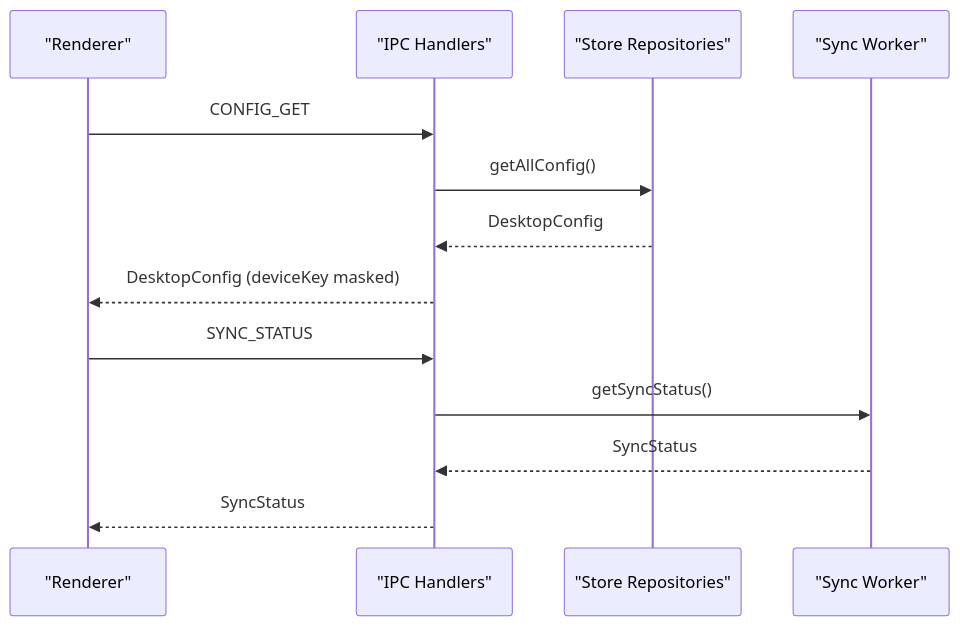
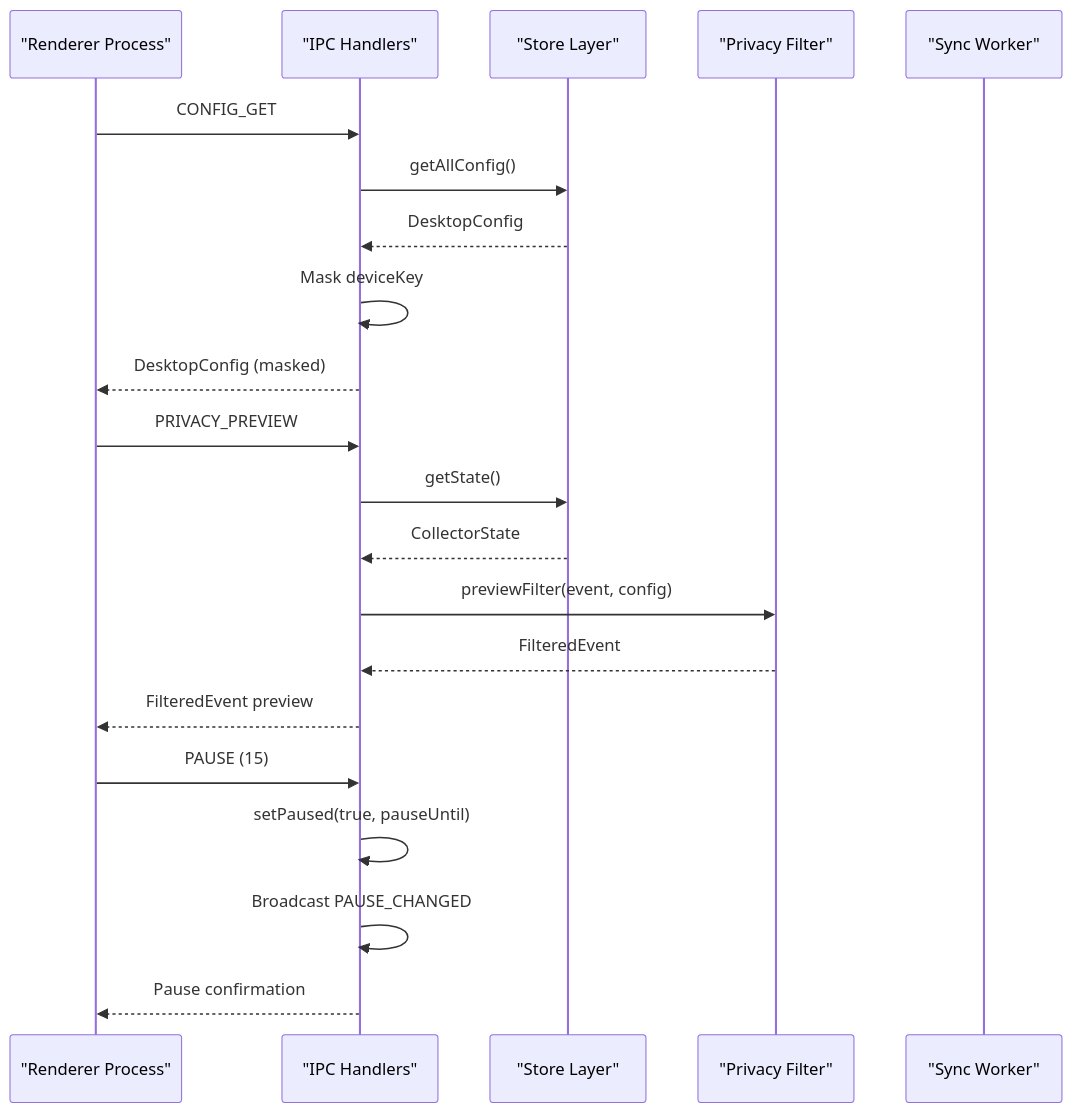
Before and after one commit to WizardJIOCb/rodion.pro: the fifth of 11 diagrams in .qoder/repowiki/en/content/Core Features/Electron Desktop Application.md, drawn with Mermaid. The commit also changed other lines of this file and 26 other files, not shown here.

````diff
--- a/.qoder/repowiki/en/content/Core Features/Electron Desktop Application.md
+++ b/.qoder/repowiki/en/content/Core Features/Electron Desktop Application.md
@@ -207,15 +324,23 @@
 ```mermaid
 sequenceDiagram
-participant Renderer as "Renderer"
+participant Renderer as "Renderer Process"
 participant IPC as "IPC Handlers"
-participant Store as "Store Repositories"
+participant Store as "Store Layer"
+participant Privacy as "Privacy Filter"
 participant Sync as "Sync Worker"
 Renderer->>IPC : CONFIG_GET
 IPC->>Store : getAllConfig()
 Store-->>IPC : DesktopConfig
-IPC-->>Renderer : DesktopConfig (deviceKey masked)
-Renderer->>IPC : SYNC_STATUS
-IPC->>Sync : getSyncStatus()
-Sync-->>IPC : SyncStatus
-IPC-->>Renderer : SyncStatus
+IPC->>IPC : Mask deviceKey
+IPC-->>Renderer : DesktopConfig (masked)
+Renderer->>IPC : PRIVACY_PREVIEW
+IPC->>Store : getState()
+Store-->>IPC : CollectorState
+IPC->>Privacy : previewFilter(event, config)
+Privacy-->>IPC : FilteredEvent
+IPC-->>Renderer : FilteredEvent preview
+Renderer->>IPC : PAUSE (15)
+IPC->>IPC : setPaused(true, pauseUntil)
+IPC->>IPC : Broadcast PAUSE_CHANGED
+IPC-->>Renderer : Pause confirmation
 ```
````
